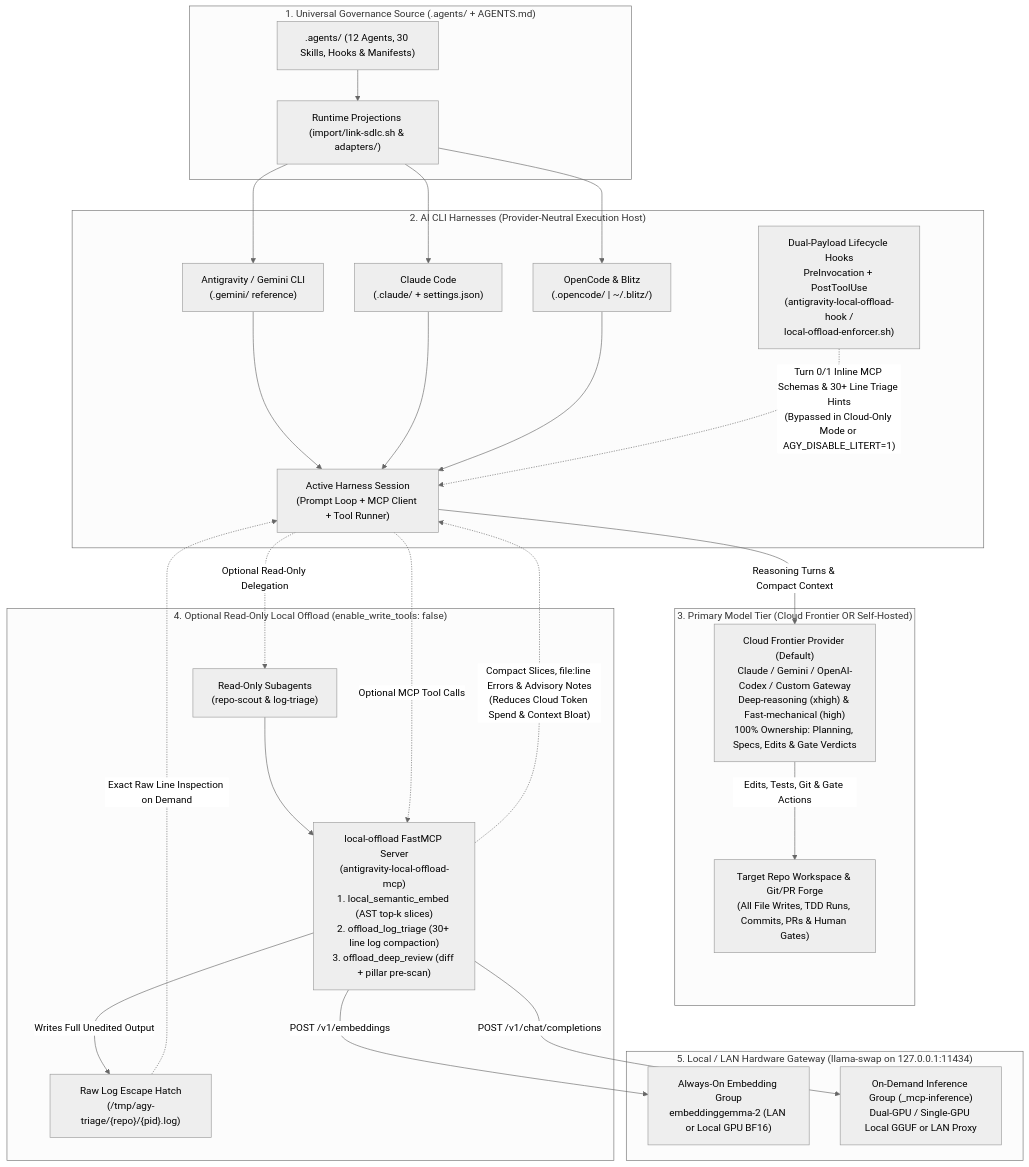
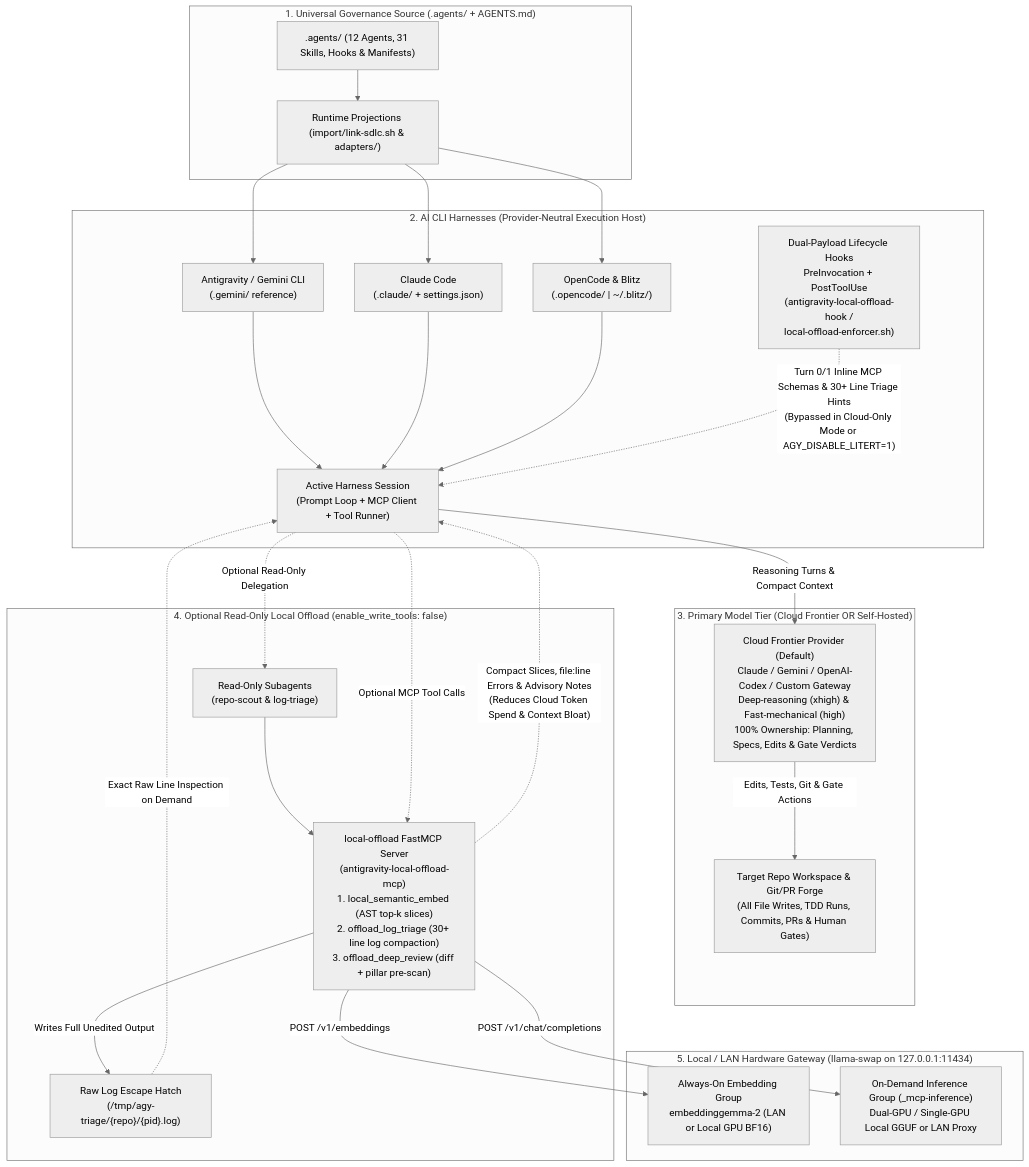
One commit to AndrewK4758/CADENCE changed the diagram in README.md. Above: the diagram before and after it, drawn with Mermaid (neutral theme). The commit also changed other lines of this file and 18 other files, not shown here.

Commit message:
feat(hooks,skills): add CADENCE turn logger & /cadence-trainlog dataset exporter

````diff
--- a/README.md
+++ b/README.md
@@ -41,52 +41,52 @@
 ```mermaid
 flowchart TB
     subgraph Source["1. Universal Governance Source (.agents/ + AGENTS.md)"]
-        AG[".agents/ (12 Agents, 30 Skills, Hooks & Manifests)"]
+        AG[".agents/ (12 Agents, 31 Skills, Hooks & Manifests)"]
         AD["Runtime Projections (import/link-sdlc.sh & adapters/)"]
         AG --> AD
     end
 
     subgraph Harnesses["2. AI CLI Harnesses (Provider-Neutral Execution Host)"]
         H1["Antigravity / Gemini CLI\n(.gemini/ reference)"]
         H2["Claude Code\n(.claude/ + settings.json)"]
         H3["OpenCode & Blitz\n(.opencode/ | ~/.blitz/)"]
         BUS["Active Harness Session\n(Prompt Loop + MCP Client + Tool Runner)"]
         HK["Dual-Payload Lifecycle Hooks\nPreInvocation + PostToolUse\n(antigravity-local-offload-hook /\nlocal-offload-enforcer.sh)"]
         H1 --> BUS
         H2 --> BUS
         H3 --> BUS
         HK -.->|"Turn 0/1 Inline MCP Schemas & 30+ Line Triage Hints\n(Bypassed in Cloud-Only Mode or AGY_DISABLE_LITERT=1)"| BUS
     end
 
     AD --> H1
     AD --> H2
     AD --> H3
 
     subgraph Primary["3. Primary Model Tier (Cloud Frontier OR Self-Hosted)"]
         CF["Cloud Frontier Provider (Default)\nClaude / Gemini / OpenAI-Codex / Custom Gateway\nDeep-reasoning (xhigh) & Fast-mechanical (high)\n100% Ownership: Planning, Specs, Edits & Gate Verdicts"]
         WS["Target Repo Workspace & Git/PR Forge\n(All File Writes, TDD Runs, Commits, PRs & Human Gates)"]
     end
 
     BUS -->|"Reasoning Turns & Compact Context"| CF
     CF -->|"Edits, Tests, Git & Gate Actions"| WS
 
     subgraph Offload["4. Optional Read-Only Local Offload (enable_write_tools: false)"]
         SUB["Read-Only Subagents\n(repo-scout & log-triage)"]
         MCP["local-offload FastMCP Server\n(antigravity-local-offload-mcp)\n1. local_semantic_embed (AST top-k slices)\n2. offload_log_triage (30+ line log compaction)\n3. offload_deep_review (diff + pillar pre-scan)"]
         RAW["Raw Log Escape Hatch\n(/tmp/agy-triage/{repo}/{pid}.log)"]
         SUB --> MCP
         MCP -->|"Writes Full Unedited Output"| RAW
     end
 
     subgraph Gateway["5. Local / LAN Hardware Gateway (llama-swap on 127.0.0.1:11434)"]
         EMB["Always-On Embedding Group\nembeddinggemma-2 (LAN or Local GPU BF16)"]
         INF["On-Demand Inference Group (_mcp-inference)\nDual-GPU / Single-GPU Local GGUF or LAN Proxy"]
     end
 
     BUS -.->|"Optional Read-Only Delegation"| SUB
     BUS -.->|"Optional MCP Tool Calls"| MCP
     MCP -->|"POST /v1/embeddings"| EMB
     MCP -->|"POST /v1/chat/completions"| INF
     MCP -.->|"Compact Slices, file:line Errors & Advisory Notes\n(Reduces Cloud Token Spend & Context Bloat)"| BUS
     RAW -.->|"Exact Raw Line Inspection on Demand"| BUS
 ```
````
